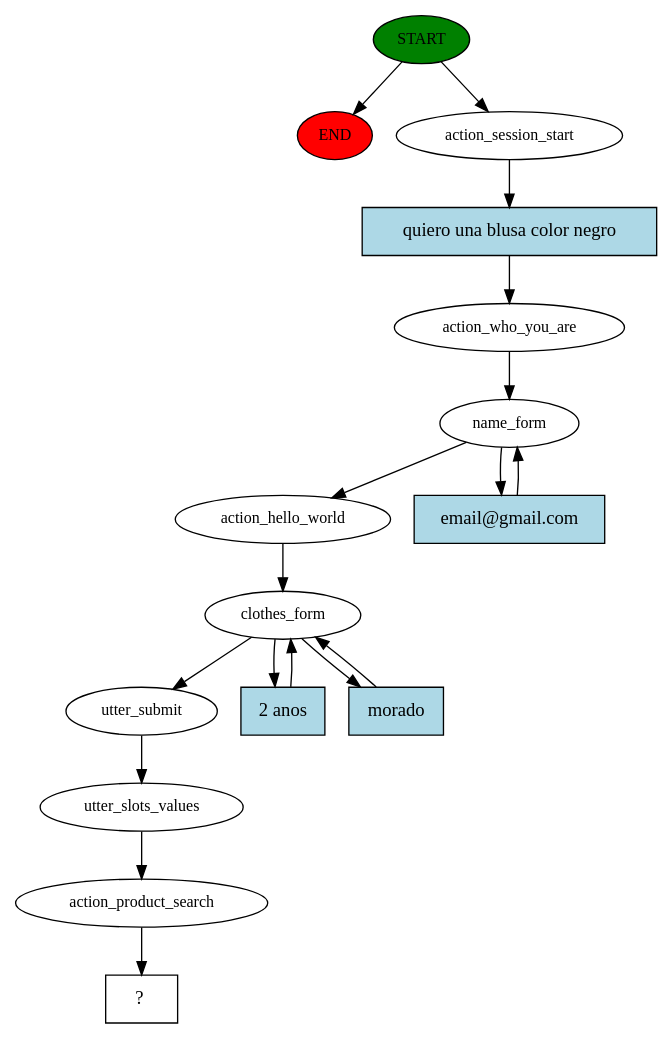
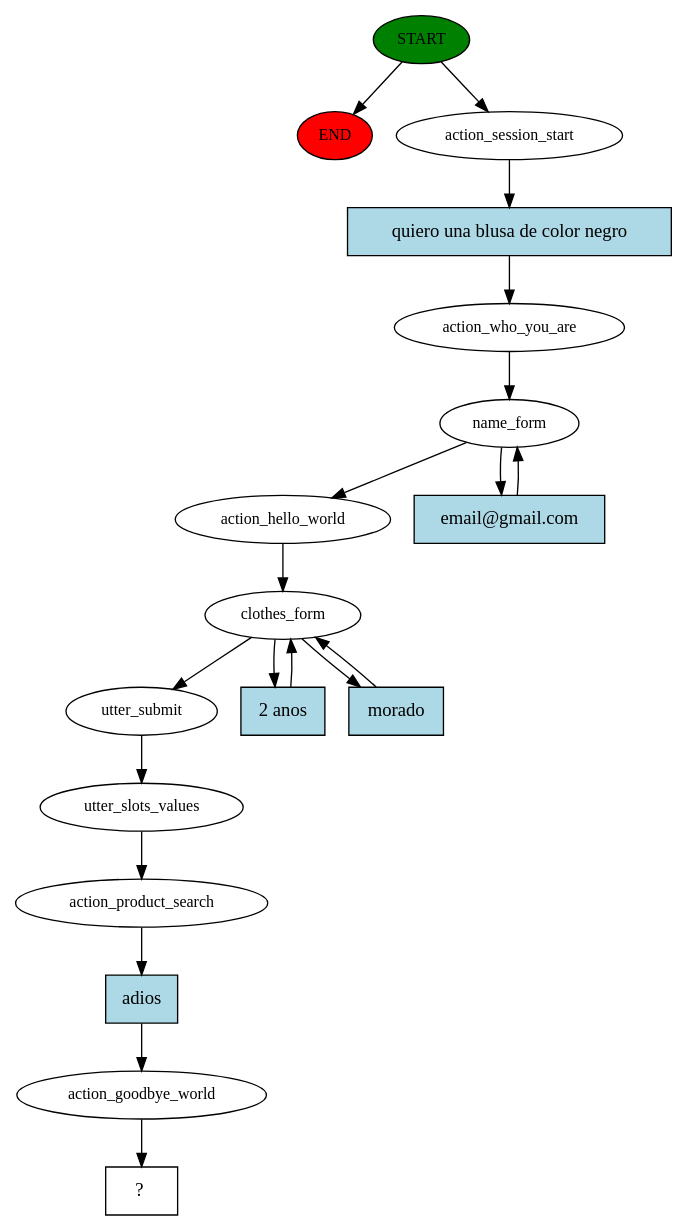
The diagram in story_graph.dot (kabirivan/Ecommerce-Assistant-Jasmine), drawn with Graphviz before and after one commit. The commit also changed 3 other files, not shown here.

```diff
--- a/story_graph.dot
+++ b/story_graph.dot
@@ -1,34 +1,38 @@
 digraph  {
 0 [class="start active", fillcolor=green, fontsize=12, label=START, style=filled];
 "-1" [class=end, fillcolor=red, fontsize=12, label=END, style=filled];
 1 [class=active, fontsize=12, label=action_session_start];
 2 [class=active, fontsize=12, label=action_who_you_are];
 3 [class=active, fontsize=12, label=name_form];
 6 [class=active, fontsize=12, label=action_hello_world];
 7 [class=active, fontsize=12, label=clothes_form];
 10 [class=active, fontsize=12, label=utter_submit];
 11 [class=active, fontsize=12, label=utter_slots_values];
 12 [class=active, fontsize=12, label=action_product_search];
-13 [class="intent dashed active", label="  ?  ", shape=rect];
-14 [class="intent active", fillcolor=lightblue, label="quiero una blusa color negro", shape=rect, style=filled];
-15 [class="intent active", fillcolor=lightblue, label="email@gmail.com", shape=rect, style=filled];
-16 [class="intent active", fillcolor=lightblue, label="2 anos", shape=rect, style=filled];
-17 [class="intent active", fillcolor=lightblue, label=morado, shape=rect, style=filled];
+13 [class=active, fontsize=12, label=action_goodbye_world];
+14 [class="intent dashed active", label="  ?  ", shape=rect];
+15 [class="intent active", fillcolor=lightblue, label="quiero una blusa de color negro", shape=rect, style=filled];
+16 [class="intent active", fillcolor=lightblue, label="email@gmail.com", shape=rect, style=filled];
+17 [class="intent active", fillcolor=lightblue, label="2 anos", shape=rect, style=filled];
+18 [class="intent active", fillcolor=lightblue, label=morado, shape=rect, style=filled];
+19 [class="intent active", fillcolor=lightblue, label=adios, shape=rect, style=filled];
 0 -> "-1"  [class="", key=NONE, label=""];
 0 -> 1  [class=active, key=NONE, label=""];
-1 -> 14  [class=active, key=0];
+1 -> 15  [class=active, key=0];
 2 -> 3  [class=active, key=NONE, label=""];
 3 -> 6  [class=active, key=NONE, label=""];
-3 -> 15  [class=active, key=0];
+3 -> 16  [class=active, key=0];
 6 -> 7  [class=active, key=NONE, label=""];
 7 -> 10  [class=active, key=NONE, label=""];
-7 -> 16  [class=active, key=0];
 7 -> 17  [class=active, key=0];
+7 -> 18  [class=active, key=0];
 10 -> 11  [class=active, key=NONE, label=""];
 11 -> 12  [class=active, key=NONE, label=""];
-12 -> 13  [class=active, key=NONE, label=""];
-14 -> 2  [class=active, key=0];
-15 -> 3  [class=active, key=0];
-16 -> 7  [class=active, key=0];
+12 -> 19  [class=active, key=0];
+13 -> 14  [class=active, key=NONE, label=""];
+15 -> 2  [class=active, key=0];
+16 -> 3  [class=active, key=0];
 17 -> 7  [class=active, key=0];
+18 -> 7  [class=active, key=0];
+19 -> 13  [class=active, key=0];
 }
```
